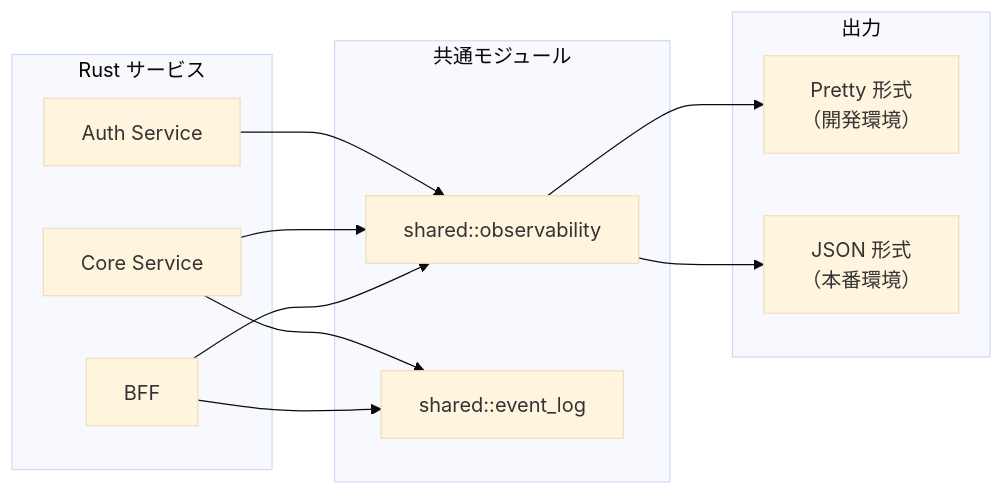
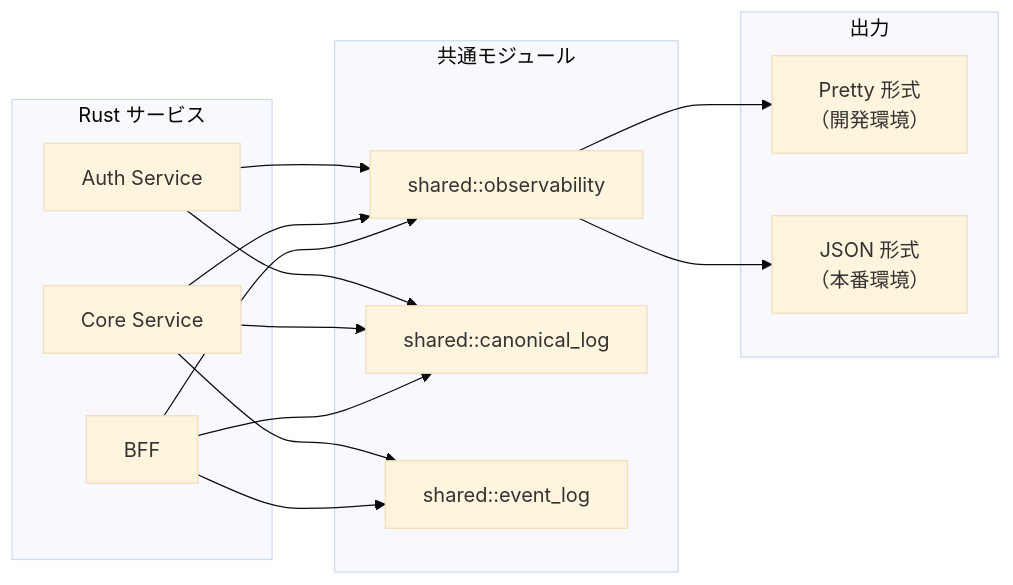
One commit to ka2kama/ringiflow changed the first of 6 diagrams in docs/03_詳細設計書/14_Observability設計.md. Above: the diagram before and after it, drawn with Mermaid (base theme). The commit also changed other lines of this file and 11 other files, not shown here.

First line of the commit message:
#942 Introduce canonical log lines for HTTP requests (#950)

````diff
--- a/docs/03_詳細設計書/14_Observability設計.md
+++ b/docs/03_詳細設計書/14_Observability設計.md
@@ -69,26 +70,30 @@
 ```mermaid
 flowchart LR
     subgraph Services["Rust サービス"]
         BFF["BFF"]
         Core["Core Service"]
         Auth["Auth Service"]
     end
 
     subgraph Shared["共通モジュール"]
         Obs["shared::observability"]
+        Canon["shared::canonical_log"]
         Evt["shared::event_log"]
     end
 
     subgraph Output["出力"]
         Pretty["Pretty 形式<br/>（開発環境）"]
         JSON["JSON 形式<br/>（本番環境）"]
     end
 
     BFF --> Obs
     Core --> Obs
     Auth --> Obs
+    BFF --> Canon
+    Core --> Canon
+    Auth --> Canon
     BFF --> Evt
     Core --> Evt
     Obs --> Pretty
     Obs --> JSON
 ```
````
